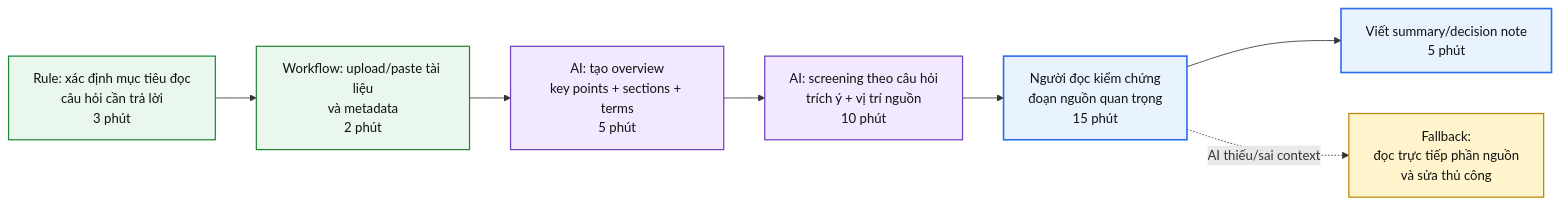
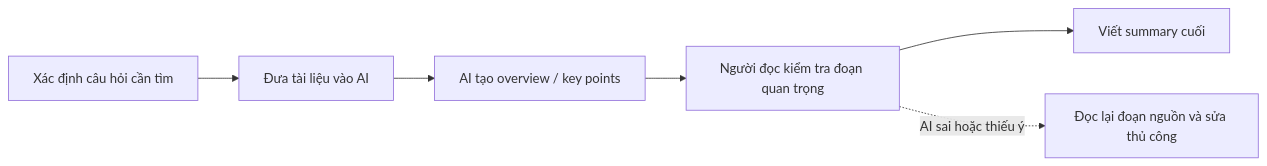
Before and after one commit to vankhiem28/Day02-2A202600542-LeVanKhiem: the second of 2 diagrams in 02-group-problem-statement/02-group-problem-statement.md, drawn with Mermaid. The commit also changed other lines of this file, not shown here.

````diff
--- a/02-group-problem-statement/02-group-problem-statement.md
+++ b/02-group-problem-statement/02-group-problem-statement.md
@@ -138,18 +132,8 @@
 ```mermaid
 flowchart LR
-    A["Rule: xác định mục tiêu đọc<br/>câu hỏi cần trả lời<br/>3 phút"] --> B["Workflow: upload/paste tài liệu<br/>và metadata<br/>2 phút"]
-    B --> C["AI: tạo overview<br/>key points + sections + terms<br/>5 phút"]
-    C --> D["AI: screening theo câu hỏi<br/>trích ý + vị trí nguồn<br/>10 phút"]
-    D --> E["Người đọc kiểm chứng<br/>đoạn nguồn quan trọng<br/>15 phút"]
-    E --> F["Viết summary/decision note<br/>5 phút"]
-    E -. "AI thiếu/sai context" .-> G["Fallback:<br/>đọc trực tiếp phần nguồn<br/>và sửa thủ công"]
-
-    classDef human fill:#e8f3ff,stroke:#2f6fed,stroke-width:2px,color:#111;
-    classDef rule fill:#e9f7ef,stroke:#238636,stroke-width:1.5px,color:#111;
-    classDef ai fill:#f2e8ff,stroke:#6f42c1,stroke-width:1.5px,color:#111;
-    classDef fallback fill:#fff4cc,stroke:#b88700,stroke-width:1.5px,color:#111;
-    class A,B rule;
-    class C,D ai;
-    class E,F human;
-    class G fallback;
+    A["Xác định câu hỏi cần tìm"] --> B["Đưa tài liệu vào AI"]
+    B --> C["AI tạo overview / key points"]
+    C --> D["Người đọc kiểm tra đoạn quan trọng"]
+    D --> E["Viết summary cuối"]
+    D -. "AI sai hoặc thiếu ý" .-> F["Đọc lại đoạn nguồn và sửa thủ công"]
 ```
````
